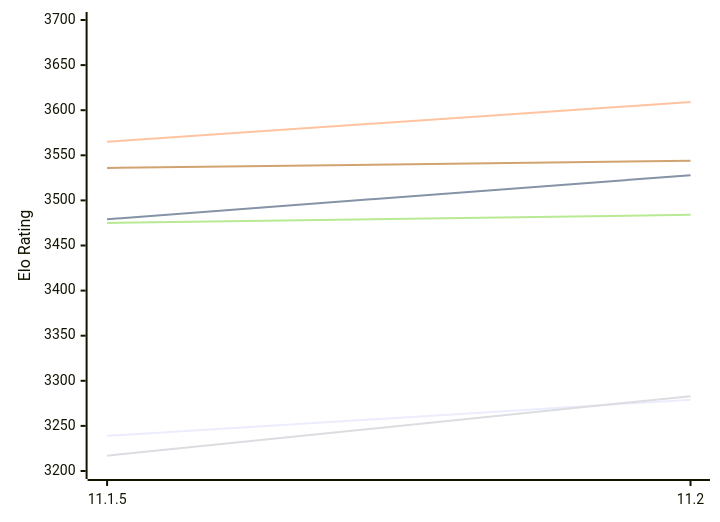
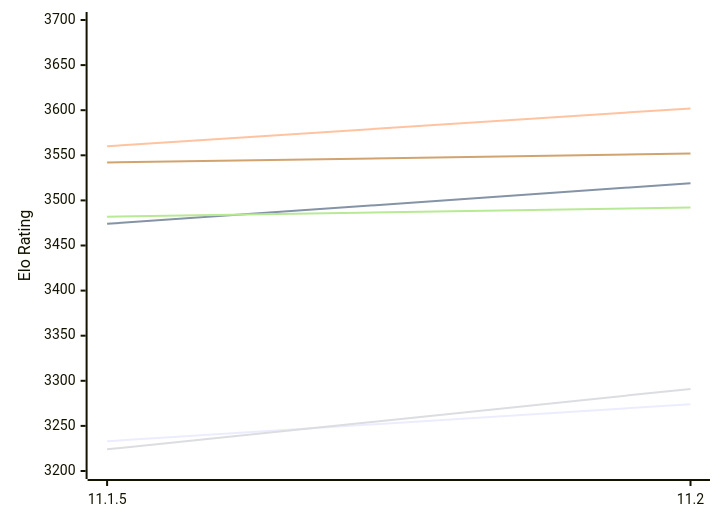
Before and after one commit to computer-chess-index/cci: the first of 2 diagrams in engines/Lizard.md, drawn with Mermaid. The commit also changed other lines of this file, not shown here.

Commit message:
Update CCI Ratings (ELO VLTC) - 2026-11-18

````diff
--- a/engines/Lizard.md
+++ b/engines/Lizard.md
@@ -52,12 +52,12 @@
 ```mermaid
 %%{init: {"theme":"base","themeVariables":{"seriesColors:['#a3a3a3','#222221','#faa371']}}}%%
 xychart-beta
   x-axis ["11.1.5", "11.2"]
   y-axis "Elo Rating" 3200 --> 3700
-  line "E1: STC (8.0+0.08s)" [3239, 3279]
-  line "E1: LTC (60.0+0.60s)" [3479, 3528]
-  line "E1: VLTC (2m24s+1.12s)" [3565, 3609]
-  line "P1: STC (8.0+0.08s)" [3217, 3283]
-  line "P1: LTC (60.0+0.60s)" [3475, 3484]
-  line "P1: VLTC (2m24s+1.12s)" [3536, 3544]
+  line "E1: STC (8.0+0.08s)" [3233, 3274]
+  line "E1: LTC (60.0+0.60s)" [3474, 3519]
+  line "E1: VLTC (2m24s+1.12s)" [3560, 3602]
+  line "P1: STC (8.0+0.08s)" [3224, 3291]
+  line "P1: LTC (60.0+0.60s)" [3482, 3492]
+  line "P1: VLTC (2m24s+1.12s)" [3542, 3552]
 ```
````
